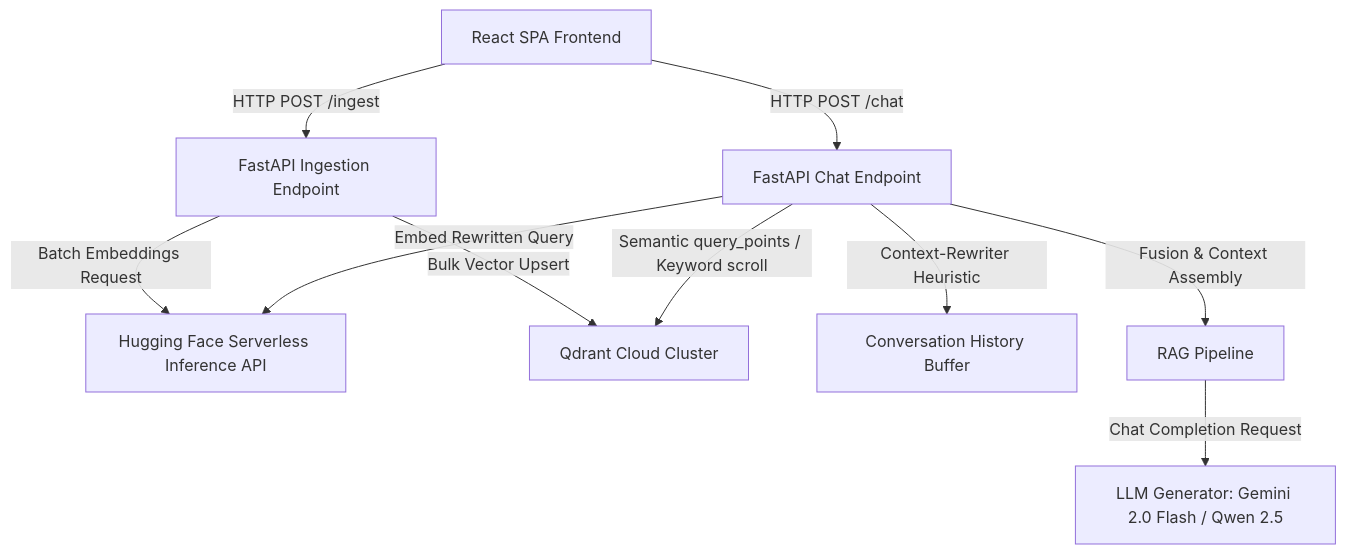
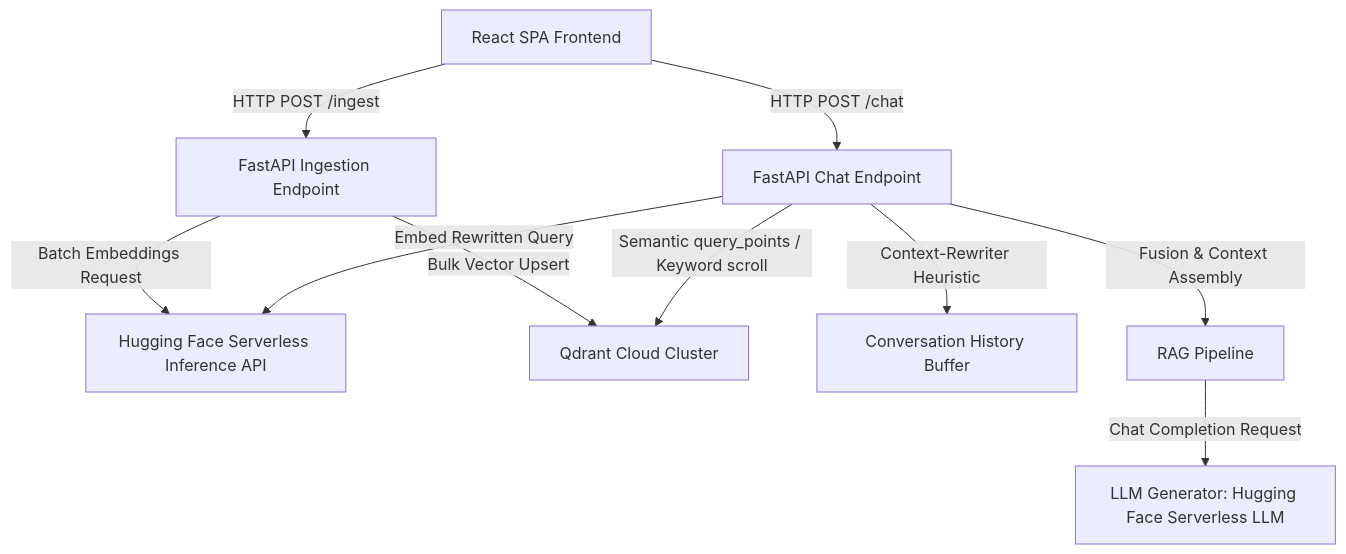
One commit to harshals01/synapse changed the first of 2 diagrams in README.md. Above: the diagram before and after it, drawn with Mermaid. The commit also changed other lines of this file, not shown here.

````diff
--- a/README.md
+++ b/README.md
@@ -46,12 +46,12 @@
 ```mermaid
 graph TD
     A[React SPA Frontend] -->|HTTP POST /ingest| B[FastAPI Ingestion Endpoint]
     A[React SPA Frontend] -->|HTTP POST /chat| C[FastAPI Chat Endpoint]
     B -->|Batch Embeddings Request| D[Hugging Face Serverless Inference API]
     B -->|Bulk Vector Upsert| E[Qdrant Cloud Cluster]
     C -->|Context-Rewriter Heuristic| H[Conversation History Buffer]
     C -->|Embed Rewritten Query| D
     C -->|Semantic query_points / Keyword scroll| E
     C -->|Fusion & Context Assembly| F[RAG Pipeline]
-    F -->|Chat Completion Request| G[LLM Generator: Gemini 2.0 Flash / Qwen 2.5]
+    F -->|Chat Completion Request| G[LLM Generator: Hugging Face Serverless LLM]
 ```
````
